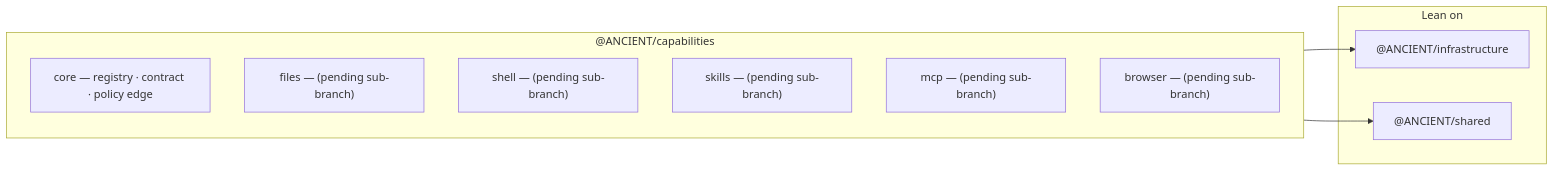
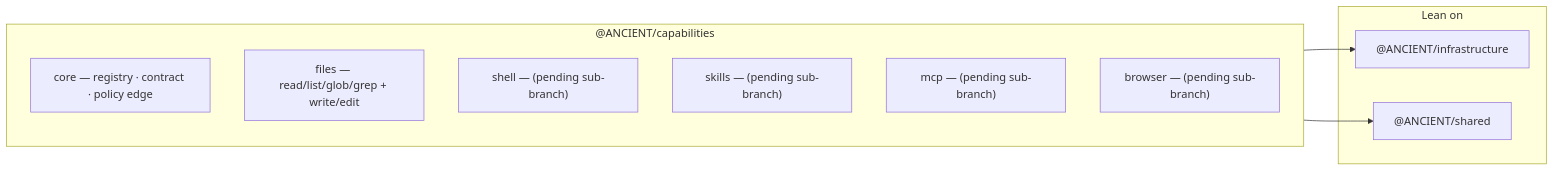
Before and after one commit to D-engahmed/ancient: the diagram in docs/architecture/CAPABILITIES.md, drawn with Mermaid. The commit also changed other lines of this file and 1 other file, not shown here.

First line of the commit message:
docs(capabilities): mark files sub-layer done (README + CAPABILITIES.md)

````diff
--- a/docs/architecture/CAPABILITIES.md
+++ b/docs/architecture/CAPABILITIES.md
@@ -11,17 +11,17 @@
 ```mermaid
 flowchart LR
     subgraph CAP["@ANCIENT/capabilities"]
         CORE["core — registry · contract · policy edge"]
-        F["files — (pending sub-branch)"]
+        F["files — read/list/glob/grep + write/edit"]
         S["shell — (pending sub-branch)"]
         SK["skills — (pending sub-branch)"]
         M["mcp — (pending sub-branch)"]
         B["browser — (pending sub-branch)"]
     end
     subgraph LOWER["Lean on"]
         INFRA["@ANCIENT/infrastructure"]
         SHARED["@ANCIENT/shared"]
     end
     CAP --> INFRA
     CAP --> SHARED
 ```
````
